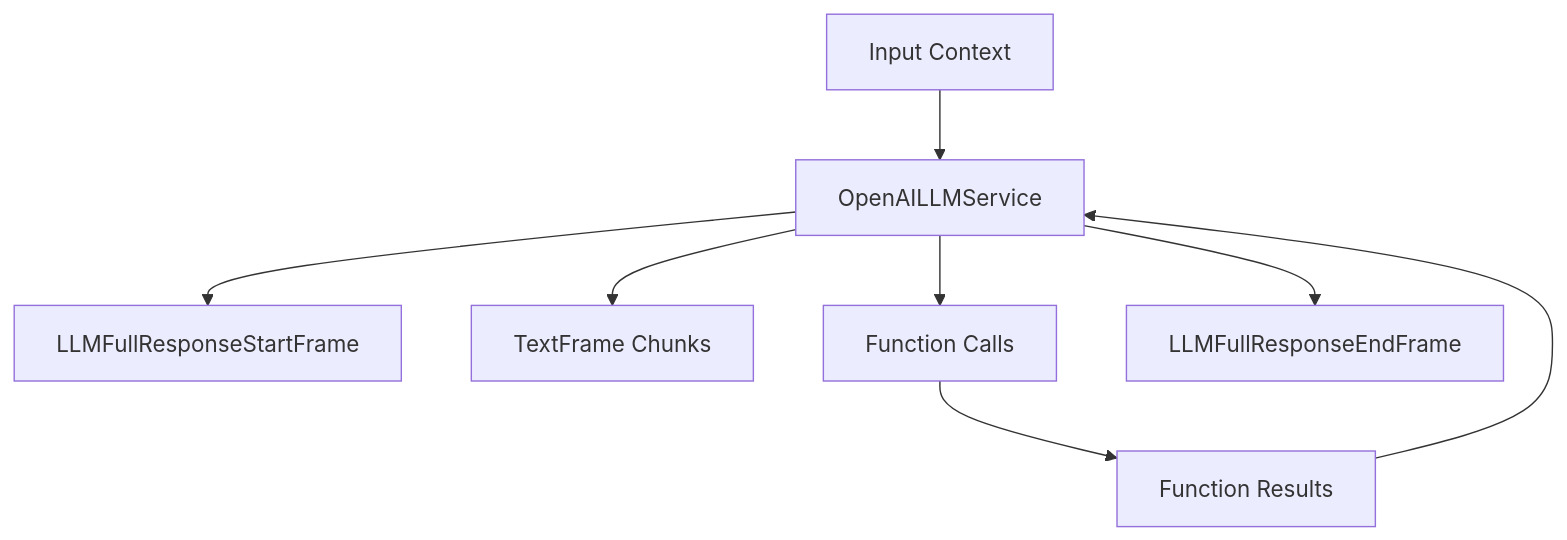
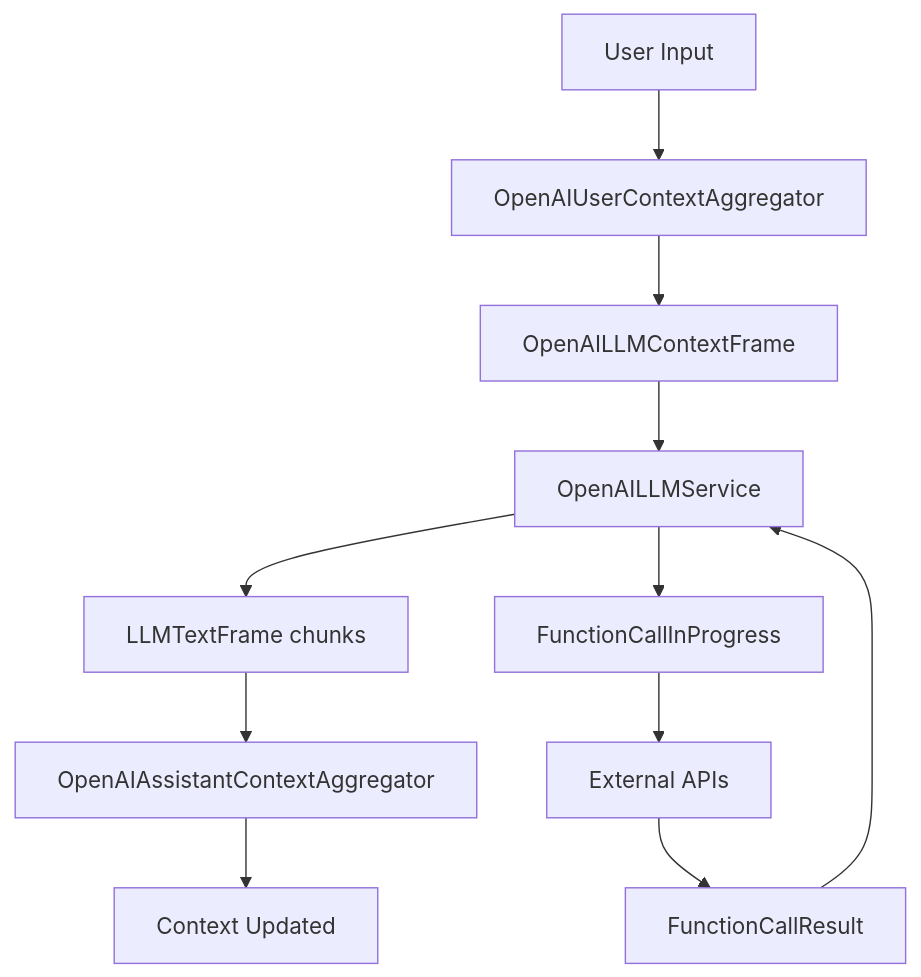
The diagram in server/services/llm/openai.mdx (pipecat-ai/docs), drawn with Mermaid before and after one commit. The commit also changed other lines of this file and 1 other file, not shown here.

Commit message:
Improvement pass for OpenAI services

````diff
--- a/server/services/llm/openai.mdx
+++ b/server/services/llm/openai.mdx
@@ -270,10 +399,11 @@
 ```mermaid
 graph TD
-    A[Input Context] --> B[OpenAILLMService]
-    B --> C[LLMFullResponseStartFrame]
-    B --> D[TextFrame Chunks]
-    B --> E[Function Calls]
-    B --> F[LLMFullResponseEndFrame]
-    E --> G[Function Results]
-    G --> B
+    A[User Input] --> B[OpenAIUserContextAggregator]
+    B --> C[OpenAILLMContextFrame] --> D[OpenAILLMService]
+    D --> E[LLMTextFrame chunks]
+    D --> F[FunctionCallInProgress]
+    F --> G[External APIs]
+    G --> H[FunctionCallResult] --> D
+    E --> I[OpenAIAssistantContextAggregator]
+    I --> J[Context Updated]
 ```
````
